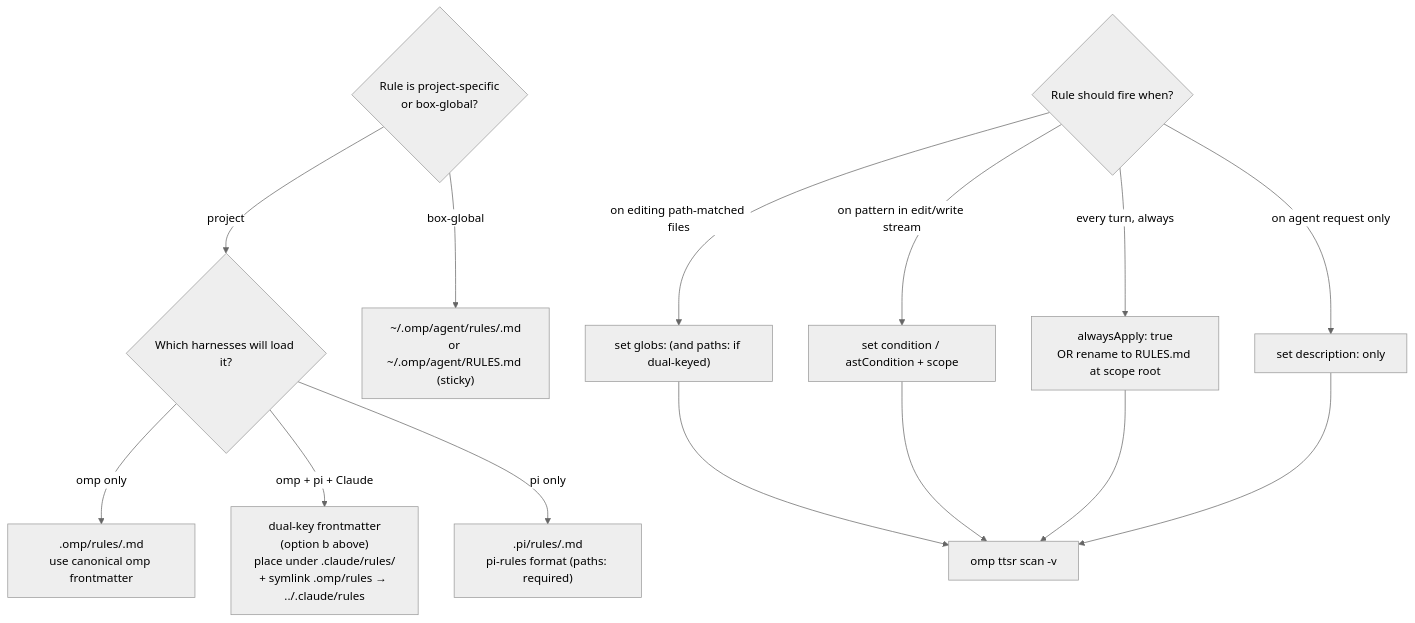
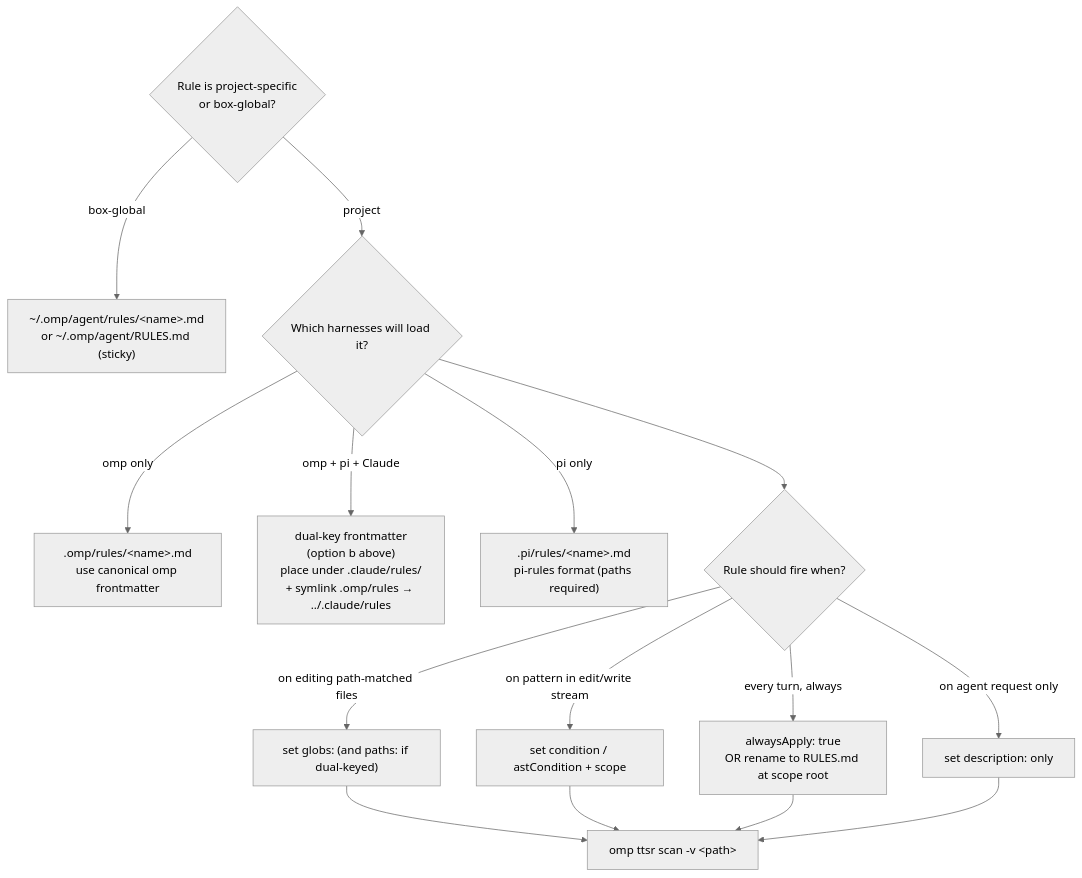
The second of 2 diagrams in src/content/note/en/omp-agent-rules-config-flow.md (DavidHLP/DavidHLP.github.io), drawn with Mermaid (neutral theme) before and after one commit. The commit also changed 1 other file, not shown here.

Commit message:
fix(note): repair Mermaid syntax in en/ja OMP rules decision trees
The same flowchart fix applied to zh-cn (1b1b29a) is needed in the
English and Japanese variants — they were committed from the same source
and share the identical syntax issues under mermaid@11.15.0:

  - bare edge labels (CJK punctuation, `:` in "paths: required")
  - unescaped `<name>` / `<path>` parsed as node IDs
  - `Q3` orphan with no inbound edge

The English and Japanese prose labels differ, but the structural
fix is identical: quote every edge label, escape the angle-bracket
placeholders, and wire `Q2 --> Q3` so the tree is a connected DAG.

````diff
--- a/src/content/note/en/omp-agent-rules-config-flow.md
+++ b/src/content/note/en/omp-agent-rules-config-flow.md
@@ -251,18 +251,18 @@
 ```mermaid
 flowchart TD
   Q1{"Rule is project-specific<br/>or box-global?"}
-  Q1 -- project --> Q2{"Which harnesses will load it?"}
-  Q1 -- box-global --> U1["~/.omp/agent/rules/<name>.md<br/>or ~/.omp/agent/RULES.md (sticky)"]
-  Q2 -- omp only --> O1[".omp/rules/<name>.md<br/>use canonical omp frontmatter"]
-  Q2 -- omp + pi + Claude --> D1["dual-key frontmatter<br/>(option b above)<br/>place under .claude/rules/<br/>+ symlink .omp/rules → ../.claude/rules"]
-  Q2 -- pi only --> P1[".pi/rules/<name>.md<br/>pi-rules format (paths: required)"]
-  Q3{"Rule should fire when?"}
+  Q1 -- "box-global" --> U1["~/.omp/agent/rules/&lt;name&gt;.md<br/>or ~/.omp/agent/RULES.md (sticky)"]
+  Q1 -- "project" --> Q2{"Which harnesses will load it?"}
+  Q2 -- "omp only" --> O1[".omp/rules/&lt;name&gt;.md<br/>use canonical omp frontmatter"]
+  Q2 -- "omp + pi + Claude" --> D1["dual-key frontmatter<br/>(option b above)<br/>place under .claude/rules/<br/>+ symlink .omp/rules → ../.claude/rules"]
+  Q2 -- "pi only" --> P1[".pi/rules/&lt;name&gt;.md<br/>pi-rules format (paths required)"]
+  Q2 --> Q3{"Rule should fire when?"}
   Q3 -- "on editing path-matched files" --> G1["set globs: (and paths: if dual-keyed)"]
   Q3 -- "on pattern in edit/write stream" --> T1["set condition / astCondition + scope"]
   Q3 -- "every turn, always" --> A1["alwaysApply: true<br/>OR rename to RULES.md at scope root"]
   Q3 -- "on agent request only" --> D2["set description: only"]
-  G1 --> V1["omp ttsr scan -v <path>"]
+  G1 --> V1["omp ttsr scan -v &lt;path&gt;"]
   T1 --> V1
   A1 --> V1
   D2 --> V1
 ```
````
